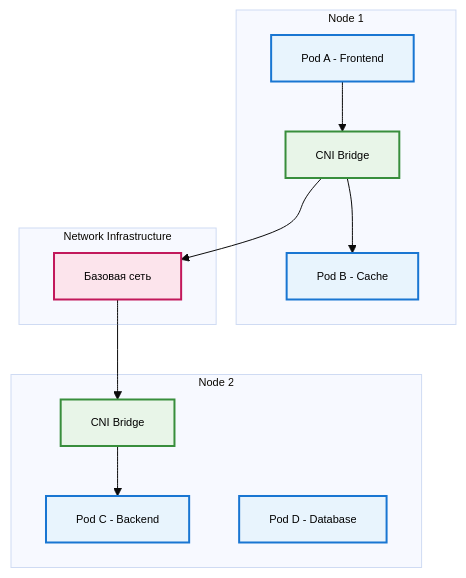
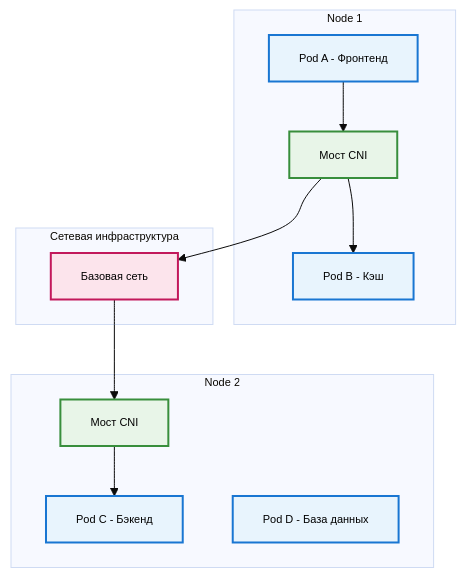
The first of 5 diagrams in 4_distributed_systems/kubernetes_networking_ru.md (razkevich/system_design_course), drawn with Mermaid before and after one commit. The commit also changed other lines of this file and 7 other files, not shown here.

````diff
--- a/4_distributed_systems/kubernetes_networking_ru.md
+++ b/4_distributed_systems/kubernetes_networking_ru.md
@@ -76,36 +76,36 @@
 ```mermaid
 %%{init: {'theme':'base', 'themeVariables': { 'primaryTextColor': '#000', 'fontSize': '11px'}}}%%
 flowchart TB
 subgraph N1 ["Node 1"]
-CNI1["CNI Bridge"]
-PA["Pod A - Frontend"]
-PB["Pod B - Cache"]
+CNI1["Мост CNI"]
+PA["Pod A - Фронтенд"]
+PB["Pod B - Кэш"]
 end
 
 subgraph N2 ["Node 2"]
-CNI2["CNI Bridge"]
-PC["Pod C - Backend"]
-PD["Pod D - Database"]
+CNI2["Мост CNI"]
+PC["Pod C - Бэкенд"]
+PD["Pod D - База данных"]
 end
 
-subgraph NET ["Network Infrastructure"]
+subgraph NET ["Сетевая инфраструктура"]
 INFRA["Базовая сеть"]
 end
 
 %% Связь между узлами одного узла (прямая)
 PA --> CNI1
 CNI1 --> PB
 
 %% Межвузловая связь (прямая)
 CNI1 --> INFRA
 INFRA --> CNI2
 CNI2 --> PC
 
 style CNI1 fill:#e8f5e8,stroke:#388e3c,stroke-width:2px,color:#000
 style CNI2 fill:#e8f5e8,stroke:#388e3c,stroke-width:2px,color:#000
 style PA fill:#e8f4fd,stroke:#1976d2,stroke-width:2px,color:#000
 style PB fill:#e8f4fd,stroke:#1976d2,stroke-width:2px,color:#000
 style PC fill:#e8f4fd,stroke:#1976d2,stroke-width:2px,color:#000
 style PD fill:#e8f4fd,stroke:#1976d2,stroke-width:2px,color:#000
 style INFRA fill:#fce4ec,stroke:#c2185b,stroke-width:2px,color:#000
 ```
````
